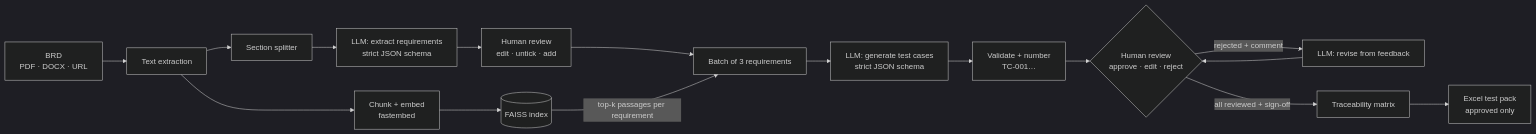
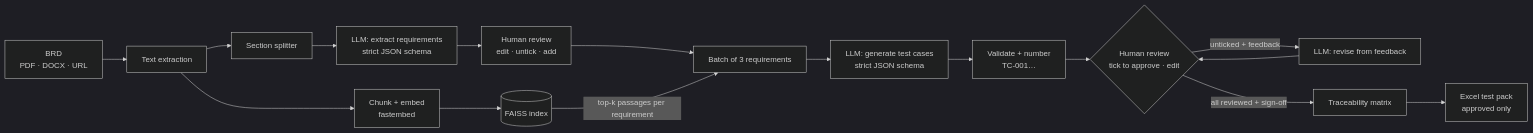
One commit to samramkumarqa/GenerativeAI changed the diagram in README.md. Above: the diagram before and after it, drawn with Mermaid (dark theme). The commit also changed other lines of this file and 5 other files, not shown here.

First line of the commit message:
Simplify review: approve checkbox instead of decision dropdown

````diff
--- a/README.md
+++ b/README.md
@@ -24,18 +24,18 @@
 ```mermaid
 flowchart LR
     A[BRD<br/>PDF · DOCX · URL] --> B[Text extraction]
     B --> C[Section splitter]
     C --> D[LLM: extract requirements<br/>strict JSON schema]
     D --> E[Human review<br/>edit · untick · add]
     B --> F[Chunk + embed<br/>fastembed]
     F --> G[(FAISS index)]
     E --> H[Batch of 3 requirements]
     G -- top-k passages per requirement --> H
     H --> I[LLM: generate test cases<br/>strict JSON schema]
     I --> J[Validate + number<br/>TC-001…]
-    J --> R{Human review<br/>approve · edit · reject}
-    R -- rejected + comment --> V[LLM: revise from feedback]
+    J --> R{Human review<br/>tick to approve · edit}
+    R -- unticked + feedback --> V[LLM: revise from feedback]
     V --> R
     R -- all reviewed + sign-off --> K[Traceability matrix]
     K --> L[Excel test pack<br/>approved only]
 ```
````
